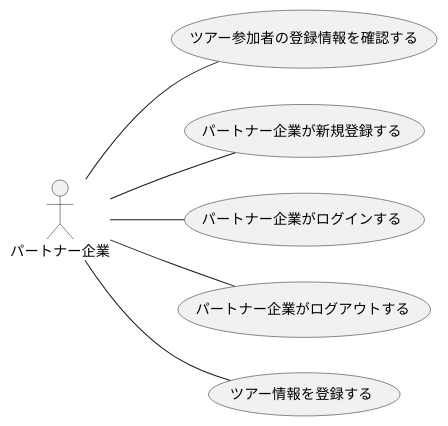
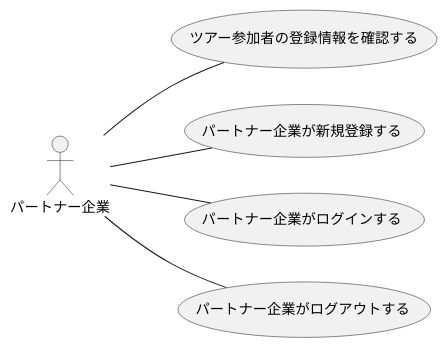
The first of 2 diagrams in F_usecase_client.plantuml (ksw2270227/GroupF), drawn with PlantUML before and after one commit. The commit also changed other lines of this file and 2 other files, not shown here.

```diff
--- a/F_usecase_client.plantuml
+++ b/F_usecase_client.plantuml
@@ -1,12 +1,10 @@
 @startuml パートナー企業_usecase(1)
 left to right direction
 actor パートナー企業
 
 パートナー企業 -- (ツアー参加者の登録情報を確認する)
 パートナー企業 -- (パートナー企業が新規登録する)
 パートナー企業 -- (パートナー企業がログインする)
 パートナー企業 -- (パートナー企業がログアウトする)
-パートナー企業 -- (ツアー情報を登録する)
-
 
 @enduml
```
